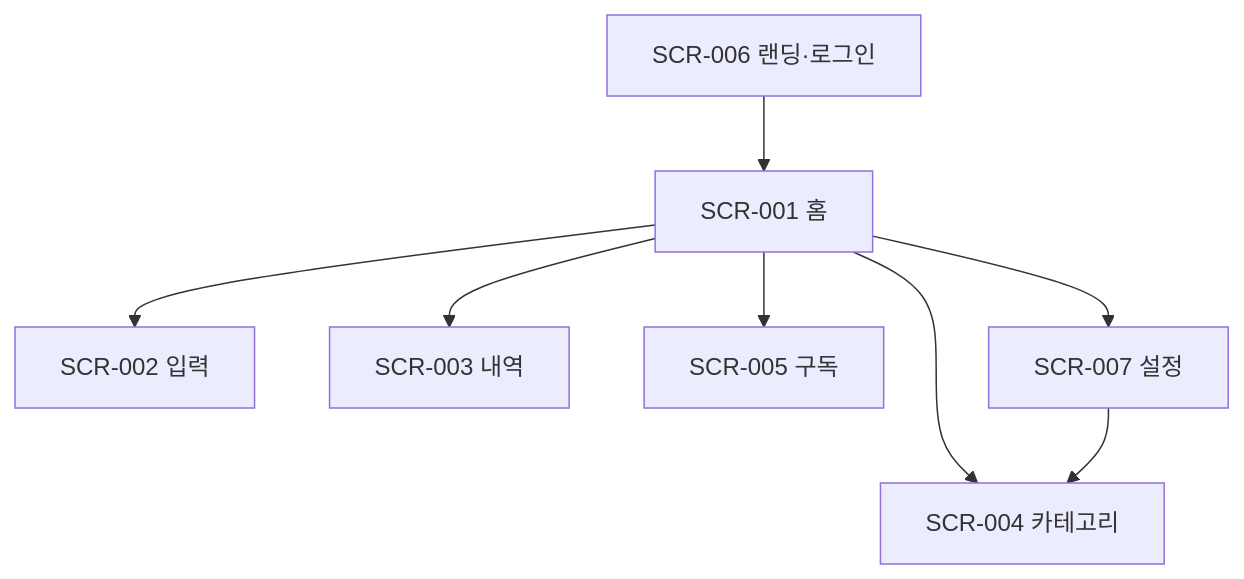
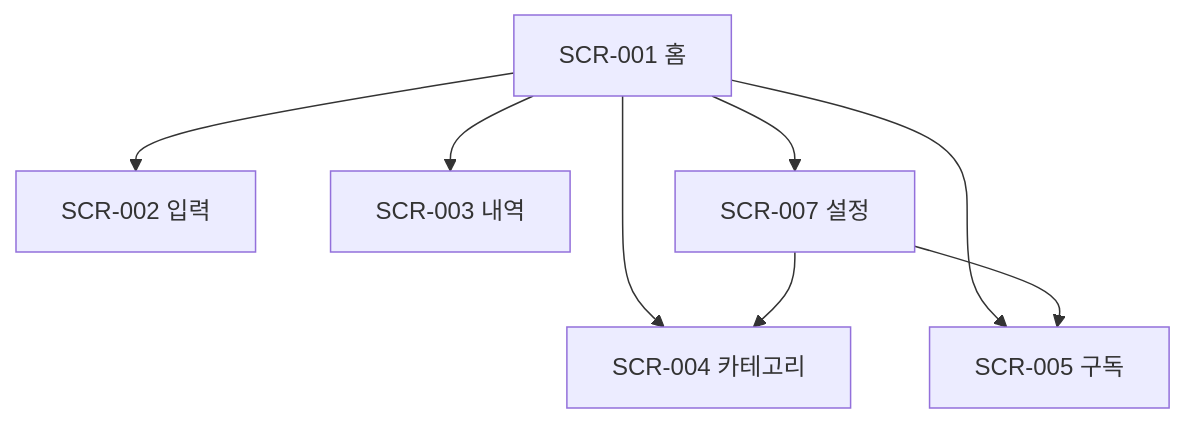
Before and after one commit to kjjyyy01/sseum: the diagram in docs/prd/05_정보구조_화면목록.md, drawn with Mermaid. The commit also changed other lines of this file and 82 other files, not shown here.

````diff
--- a/docs/prd/05_정보구조_화면목록.md
+++ b/docs/prd/05_정보구조_화면목록.md
@@ -45,10 +42,10 @@
 ```mermaid
 graph TD
-    SCR-006[SCR-006 랜딩·로그인] --> SCR-001[SCR-001 홈]
-    SCR-001 --> SCR-002[SCR-002 입력]
+    SCR-001[SCR-001 홈] --> SCR-002[SCR-002 입력]
     SCR-001 --> SCR-003[SCR-003 내역]
     SCR-001 --> SCR-004[SCR-004 카테고리]
     SCR-001 --> SCR-005[SCR-005 구독]
     SCR-001 --> SCR-007[SCR-007 설정]
     SCR-007 --> SCR-004
+    SCR-007 --> SCR-005
 ```
````
